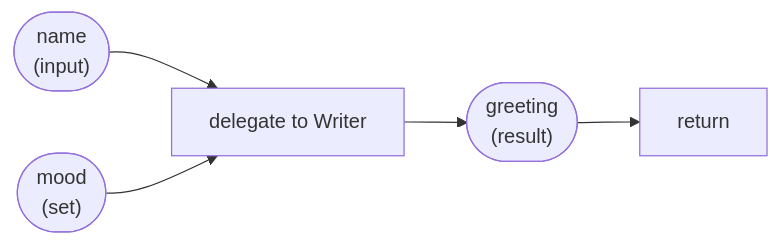
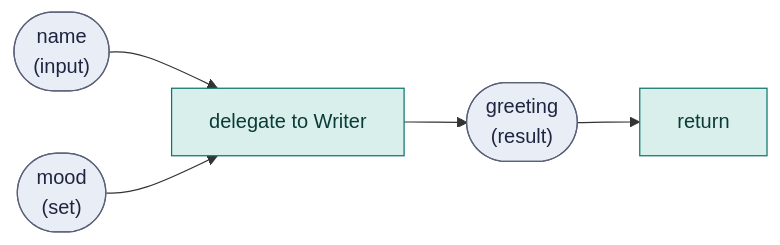
The diagram in docs/tutorial/02-data-and-variables.md (srijithunni7182/llm4j), drawn with Mermaid before and after one commit. The commit also changed 13 other files, not shown here.

First line of the commit message:
docs: give the tutorial's diagrams meaningful colours

````diff
--- a/docs/tutorial/02-data-and-variables.md
+++ b/docs/tutorial/02-data-and-variables.md
@@ -26,7 +26,11 @@
 ```mermaid
 flowchart LR
   name(["name<br/>(input)"]) --> D["delegate to Writer"]
   mood(["mood<br/>(set)"]) --> D
   D --> greeting(["greeting<br/>(result)"])
   greeting --> R["return"]
+  classDef step fill:#d9efec,stroke:#0f766e,color:#0b3b37
+  classDef edge fill:#e9edf5,stroke:#5a6078,color:#1f2540
+  class D,R step
+  class name,mood,greeting edge
 ```
````
